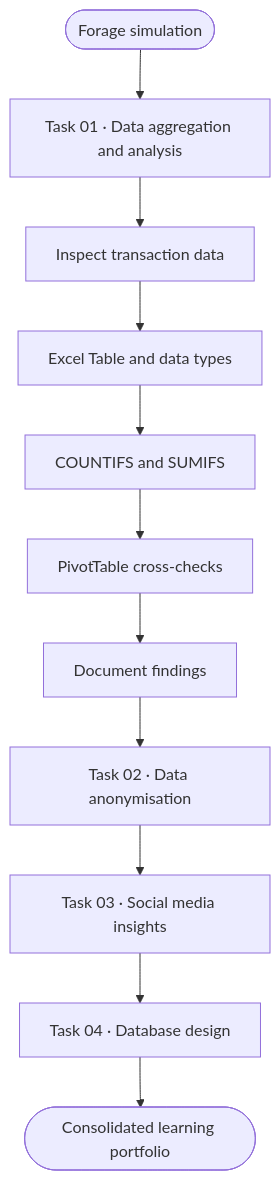
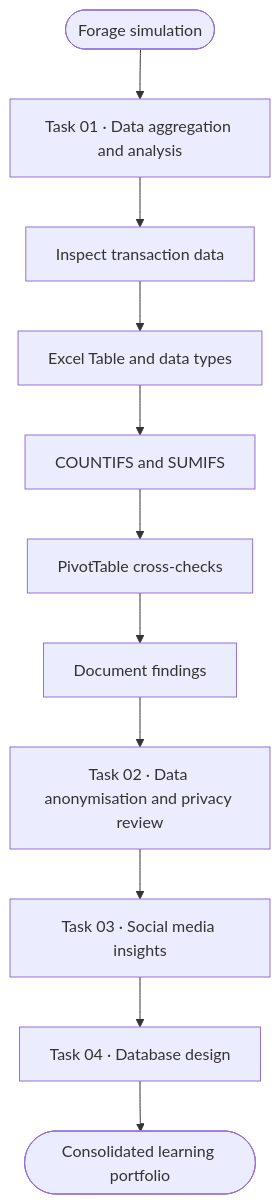
One commit to Sohila-Khaled-Abbas/commonwealth-bank-intro-data-science changed the diagram in README.md. Above: the diagram before and after it, drawn with Mermaid. The commit also changed other lines of this file, not shown here.

Commit message:
docs(readme): add Task 02 guidance and project positioning

```diff
--- a/README.md
+++ b/README.md
@@ -54,13 +54,13 @@
 ~~~mermaid
 flowchart TD
     A([Forage simulation]) --> B[Task 01 · Data aggregation and analysis]
     B --> B1[Inspect transaction data]
     B1 --> B2[Excel Table and data types]
     B2 --> B3[COUNTIFS and SUMIFS]
     B3 --> B4[PivotTable cross-checks]
     B4 --> B5[Document findings]
-    B5 --> C[Task 02 · Data anonymisation]
+    B5 --> C[Task 02 · Data anonymisation and privacy review]
     C --> D[Task 03 · Social media insights]
     D --> E[Task 04 · Database design]
     E --> F([Consolidated learning portfolio])
 ~~~
```
